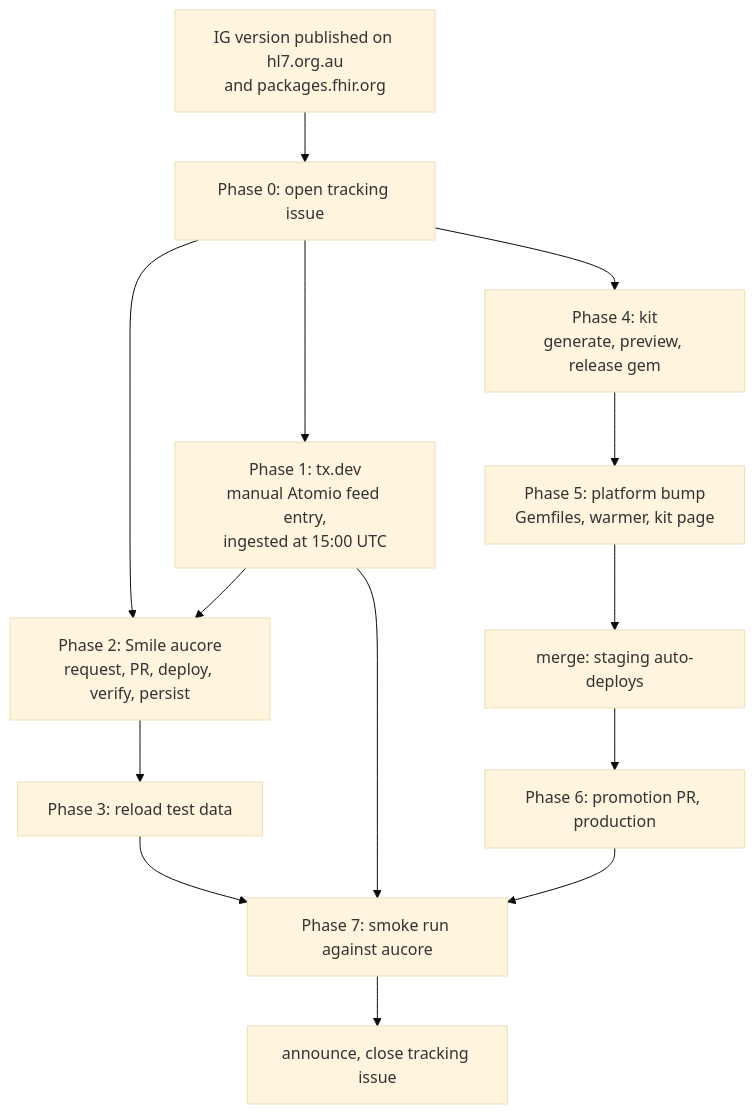
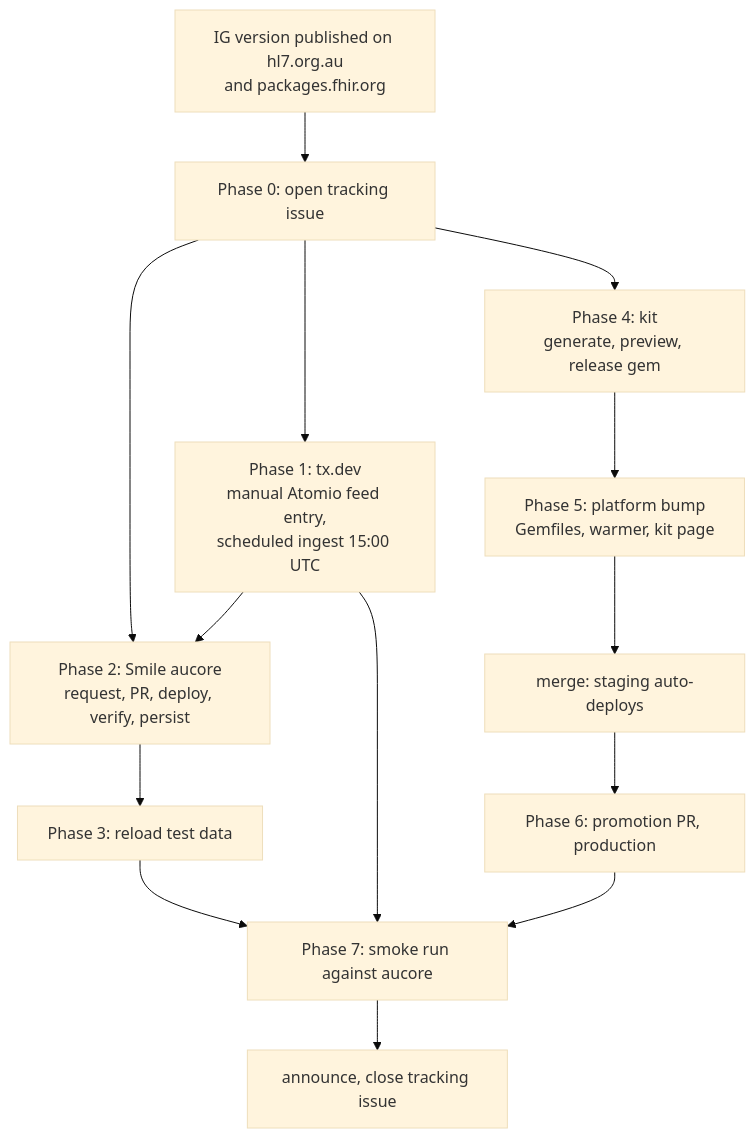
One commit to aehrc/sparked-fhir-server-configuration changed the diagram in docs/runbooks/ig-release.md. Above: the diagram before and after it, drawn with Mermaid (base theme). The commit also changed other lines of this file, not shown here.

First line of the commit message:
Mark scheduled tx.dev ingestion of a new Atomio entry as unverified

````diff
--- a/docs/runbooks/ig-release.md
+++ b/docs/runbooks/ig-release.md
@@ -103,16 +103,16 @@
 ```mermaid
 flowchart TD
     P["IG version published on hl7.org.au<br/>and packages.fhir.org"] --> T["Phase 0: open tracking issue"]
-    T --> TX["Phase 1: tx.dev<br/>manual Atomio feed entry,<br/>ingested at 15:00 UTC"]
+    T --> TX["Phase 1: tx.dev<br/>manual Atomio feed entry,<br/>scheduled ingest 15:00 UTC"]
     T --> S["Phase 2: Smile aucore<br/>request, PR, deploy, verify, persist"]
     T --> K["Phase 4: kit<br/>generate, preview, release gem"]
     TX --> S
     S --> D["Phase 3: reload test data"]
     K --> PL["Phase 5: platform bump<br/>Gemfiles, warmer, kit page"]
     PL --> STG["merge: staging auto-deploys"]
     STG --> PRD["Phase 6: promotion PR, production"]
     D --> SMK["Phase 7: smoke run against aucore"]
     TX --> SMK
     PRD --> SMK
     SMK --> A["announce, close tracking issue"]
 ```
````
